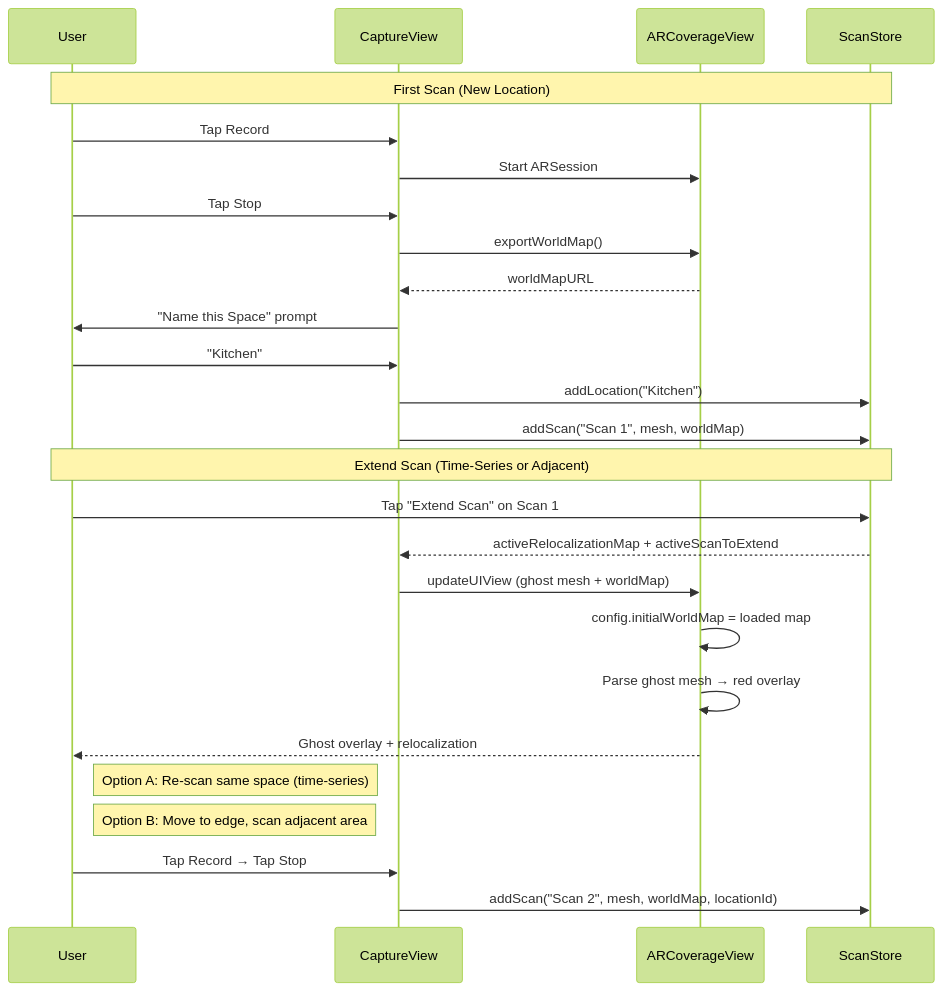
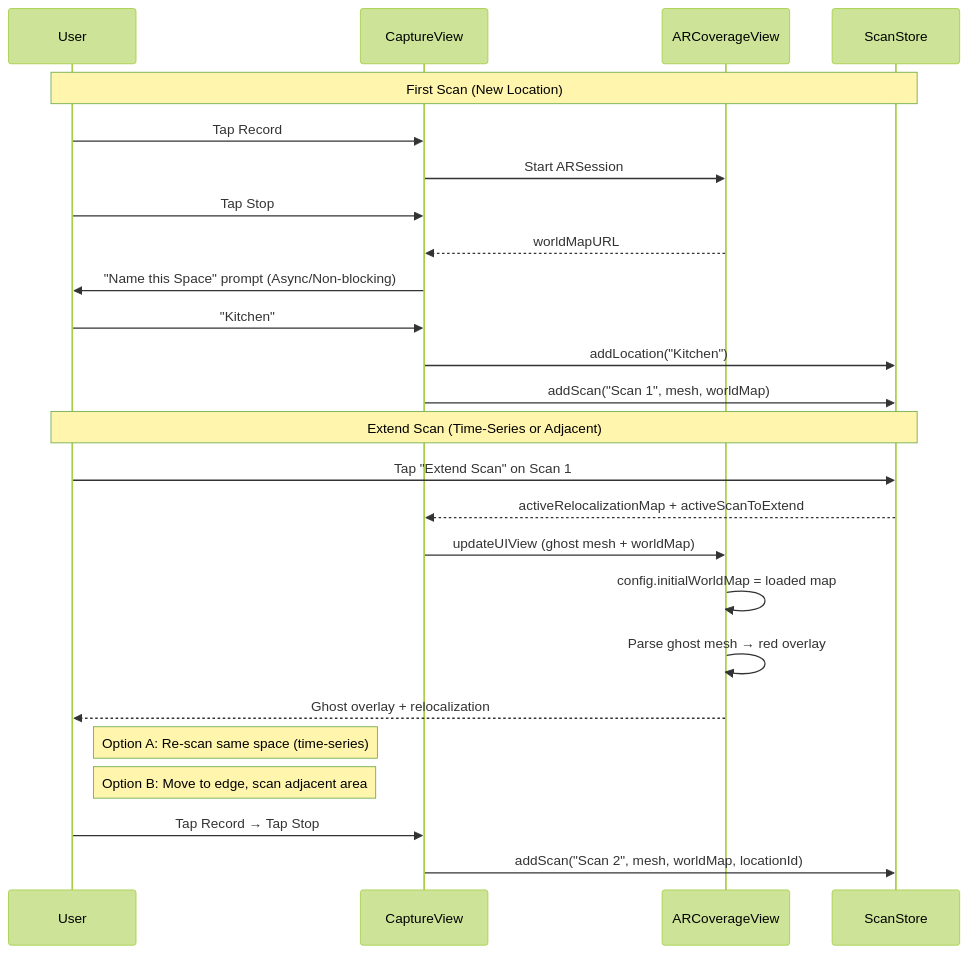
Before and after one commit to WiseLabCMU/wisescan-ios: the fourth of 5 diagrams in REQUIREMENTS.md, drawn with Mermaid (forest theme). The commit also changed other lines of this file and 3 other files, not shown here.

````diff
--- a/REQUIREMENTS.md
+++ b/REQUIREMENTS.md
@@ -178,30 +178,29 @@
 ```mermaid
 sequenceDiagram
     participant U as User
     participant Cap as CaptureView
     participant AR as ARCoverageView
     participant SS as ScanStore
 
     Note over U,SS: First Scan (New Location)
     U->>Cap: Tap Record
     Cap->>AR: Start ARSession
     U->>Cap: Tap Stop
-    Cap->>AR: exportWorldMap()
     AR-->>Cap: worldMapURL
-    Cap->>U: "Name this Space" prompt
+    Cap->>U: "Name this Space" prompt (Async/Non-blocking)
     U->>Cap: "Kitchen"
     Cap->>SS: addLocation("Kitchen")
     Cap->>SS: addScan("Scan 1", mesh, worldMap)
 
     Note over U,SS: Extend Scan (Time-Series or Adjacent)
     U->>SS: Tap "Extend Scan" on Scan 1
     SS-->>Cap: activeRelocalizationMap + activeScanToExtend
     Cap->>AR: updateUIView (ghost mesh + worldMap)
     AR->>AR: config.initialWorldMap = loaded map
     AR->>AR: Parse ghost mesh → red overlay
     AR-->>U: Ghost overlay + relocalization
     Note right of U: Option A: Re-scan same space (time-series)
     Note right of U: Option B: Move to edge, scan adjacent area
     U->>Cap: Tap Record → Tap Stop
     Cap->>SS: addScan("Scan 2", mesh, worldMap, locationId)
 ```
````
